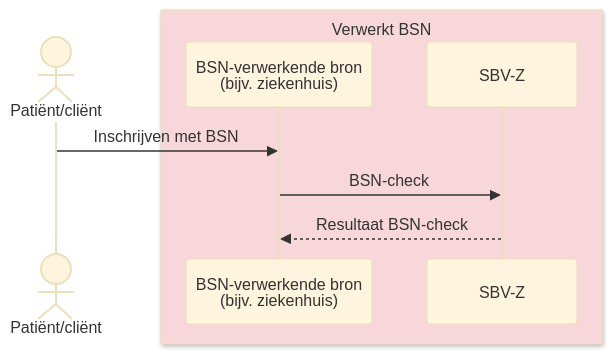
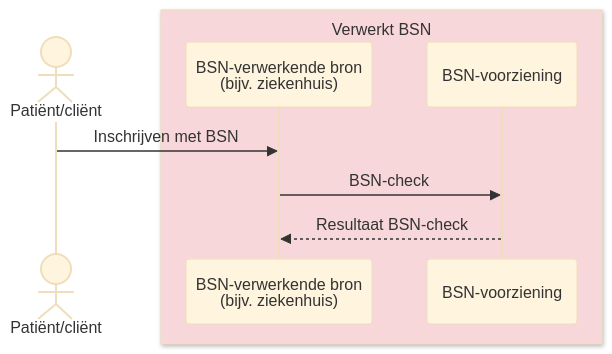
The sixth of 8 diagrams in input/pagecontent/identification-sg.md (minvws/generiekefuncties-docs), drawn with Mermaid (base theme) before and after one commit. The commit also changed other lines of this file and 1 other file, not shown here.

````diff
--- a/input/pagecontent/identification-sg.md
+++ b/input/pagecontent/identification-sg.md
@@ -363,12 +364,12 @@
 ```mermaid
 sequenceDiagram
     actor patient as Patiënt/cliënt
     box rgb(248,215,218) Verwerkt BSN
         participant bron as BSN-verwerkende bron<br/>(bijv. ziekenhuis)
-        participant sbvz as SBV-Z
+        participant sbvz as BSN-voorziening
     end
 
     patient->>bron: Inschrijven met BSN
     bron->>sbvz: BSN-check
     sbvz-->>bron: Resultaat BSN-check
 ```
````
